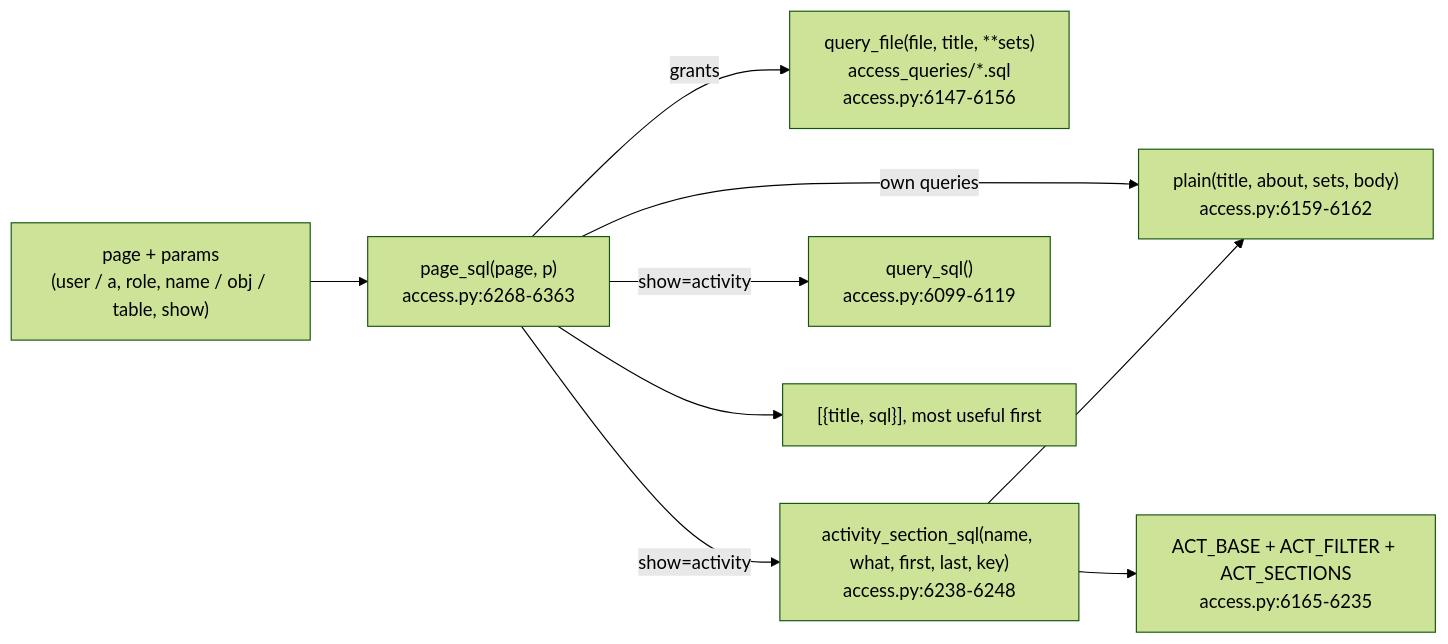
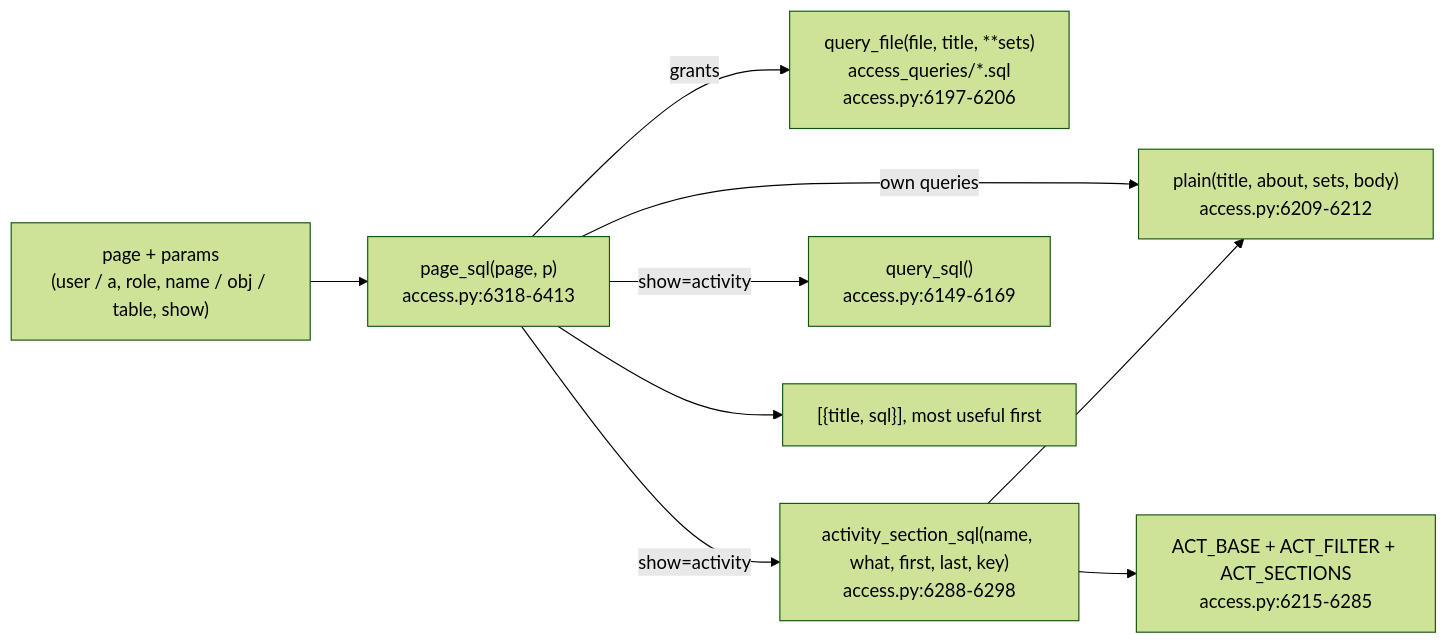
Before and after one commit to darshanmeel/snowflake-access-explorer: the diagram in snowflake-access-explorer-knowledge-graph/logic/page-sql.md, drawn with Mermaid (forest theme). The commit also changed other lines of this file and 90 other files, not shown here.

Commit message:
Knowledge graph: up to date with the left-nav sections, Can they?, Compare, What if and risk tables

````diff
--- a/snowflake-access-explorer-knowledge-graph/logic/page-sql.md
+++ b/snowflake-access-explorer-knowledge-graph/logic/page-sql.md
@@ -6,11 +6,11 @@
 ```mermaid
 flowchart LR
-  P["page + params<br/>(user / a, role, name / obj / table, show)"] --> PS["page_sql(page, p)<br/>access.py:6268-6363"]
-  PS -->|grants| QF["query_file(file, title, **sets)<br/>access_queries/*.sql<br/>access.py:6147-6156"]
-  PS -->|own queries| PL["plain(title, about, sets, body)<br/>access.py:6159-6162"]
-  PS -->|show=activity| AS["activity_section_sql(name, what, first, last, key)<br/>access.py:6238-6248"]
+  P["page + params<br/>(user / a, role, name / obj / table, show)"] --> PS["page_sql(page, p)<br/>access.py:6318-6413"]
+  PS -->|grants| QF["query_file(file, title, **sets)<br/>access_queries/*.sql<br/>access.py:6197-6206"]
+  PS -->|own queries| PL["plain(title, about, sets, body)<br/>access.py:6209-6212"]
+  PS -->|show=activity| AS["activity_section_sql(name, what, first, last, key)<br/>access.py:6288-6298"]
   AS --> PL
-  AS --> AB["ACT_BASE + ACT_FILTER + ACT_SECTIONS<br/>access.py:6165-6235"]
-  PS -->|show=activity| QS["query_sql()<br/>access.py:6099-6119"]
+  AS --> AB["ACT_BASE + ACT_FILTER + ACT_SECTIONS<br/>access.py:6215-6285"]
+  PS -->|show=activity| QS["query_sql()<br/>access.py:6149-6169"]
   PS --> OUT["[{title, sql}], most useful first"]
 ```
````
